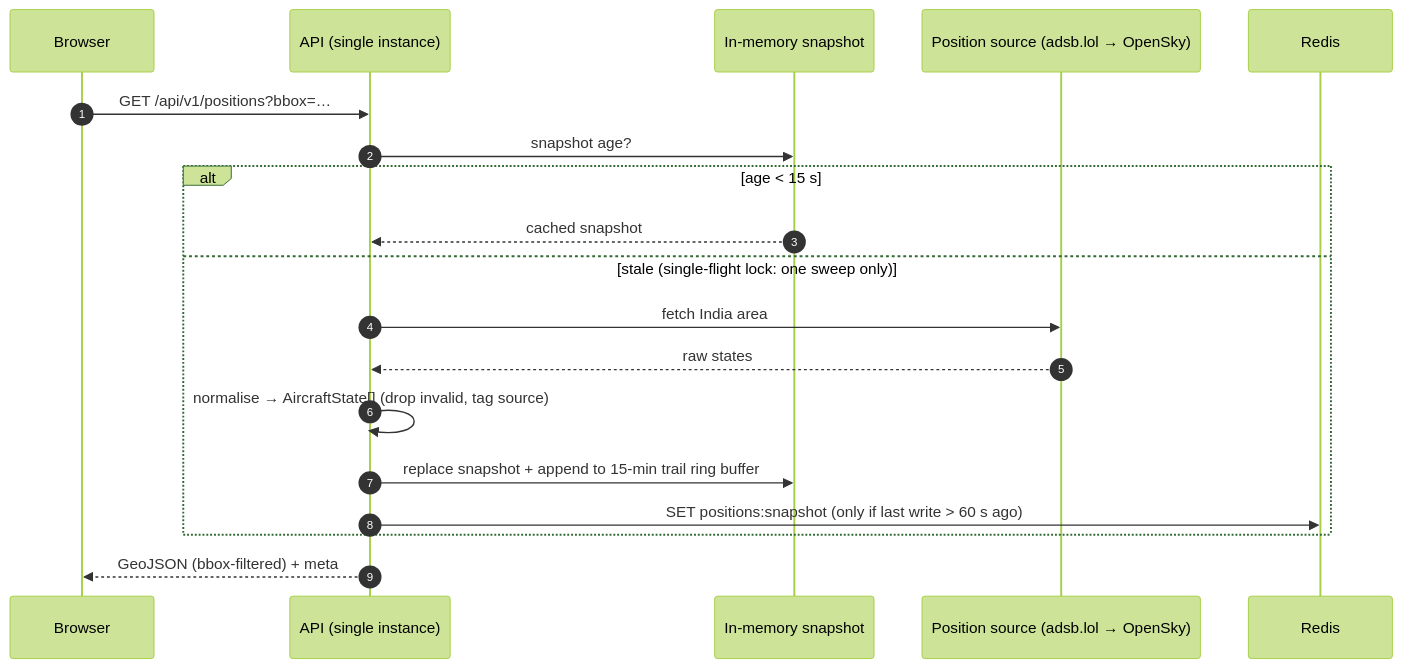
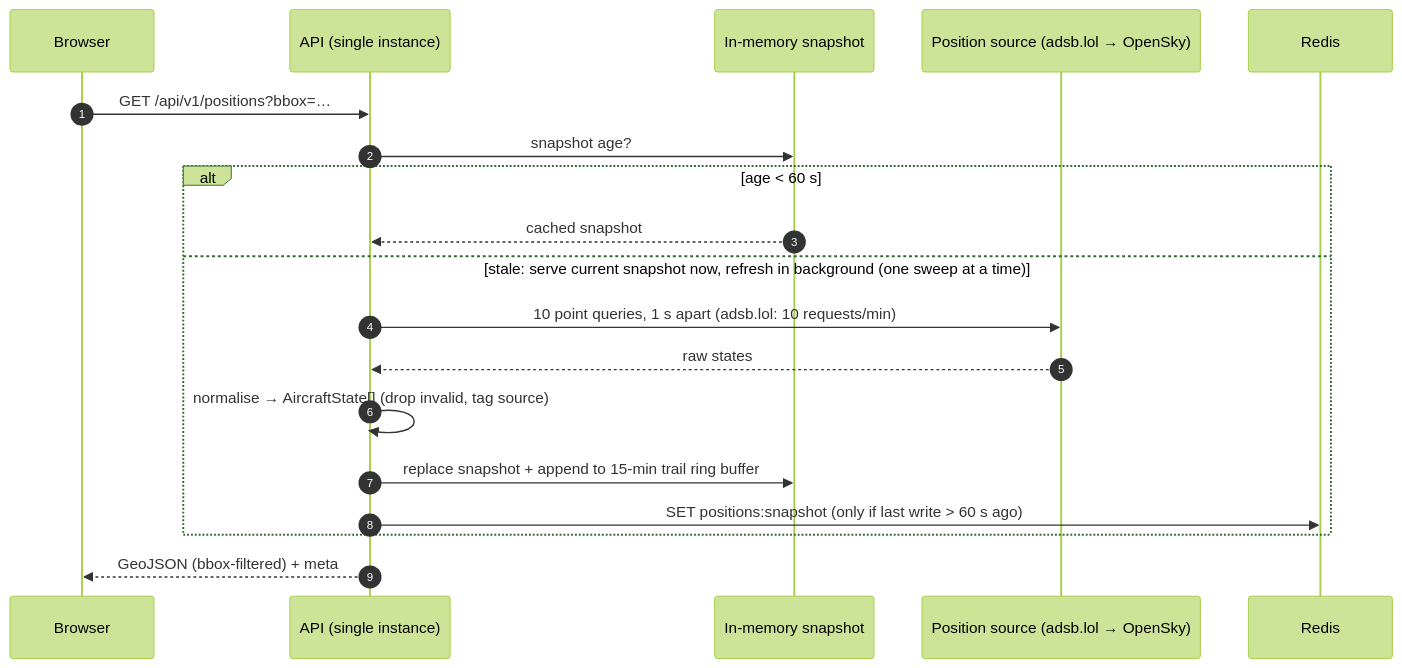
One commit to NagbhushanPai/AeroGuide changed the first of 2 diagrams in docs/architecture/flight-data-flow.md. Above: the diagram before and after it, drawn with Mermaid (forest theme). The commit also changed other lines of this file and 10 other files, not shown here.

````diff
--- a/docs/architecture/flight-data-flow.md
+++ b/docs/architecture/flight-data-flow.md
@@ -7,22 +7,22 @@
 ```mermaid
 sequenceDiagram
   autonumber
   participant B as Browser
   participant A as API (single instance)
   participant M as In-memory snapshot
   participant P as Position source (adsb.lol → OpenSky)
   participant R as Redis
 
   B->>A: GET /api/v1/positions?bbox=…
   A->>M: snapshot age?
-  alt age < 15 s
+  alt age < 60 s
     M-->>A: cached snapshot
-  else stale (single-flight lock: one sweep only)
-    A->>P: fetch India area
+  else stale: serve current snapshot now, refresh in background (one sweep at a time)
+    A->>P: 10 point queries, 1 s apart (adsb.lol: 10 requests/min)
     P-->>A: raw states
     A->>A: normalise → AircraftState[] (drop invalid, tag source)
     A->>M: replace snapshot + append to 15-min trail ring buffer
     A->>R: SET positions:snapshot (only if last write > 60 s ago)
   end
   A-->>B: GeoJSON (bbox-filtered) + meta
 ```
````
